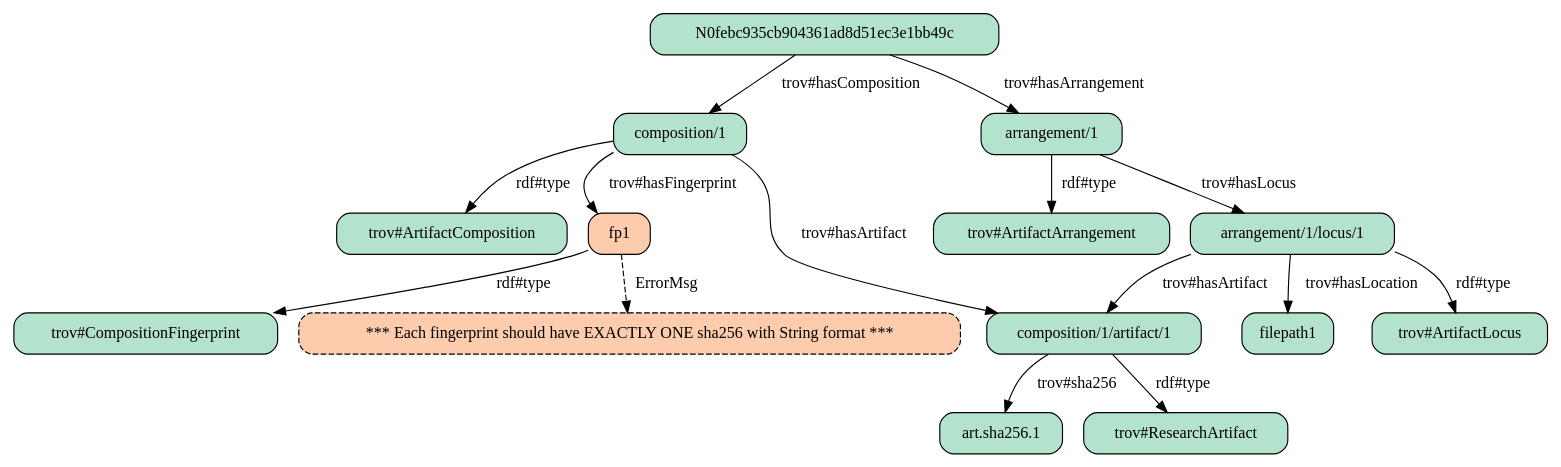
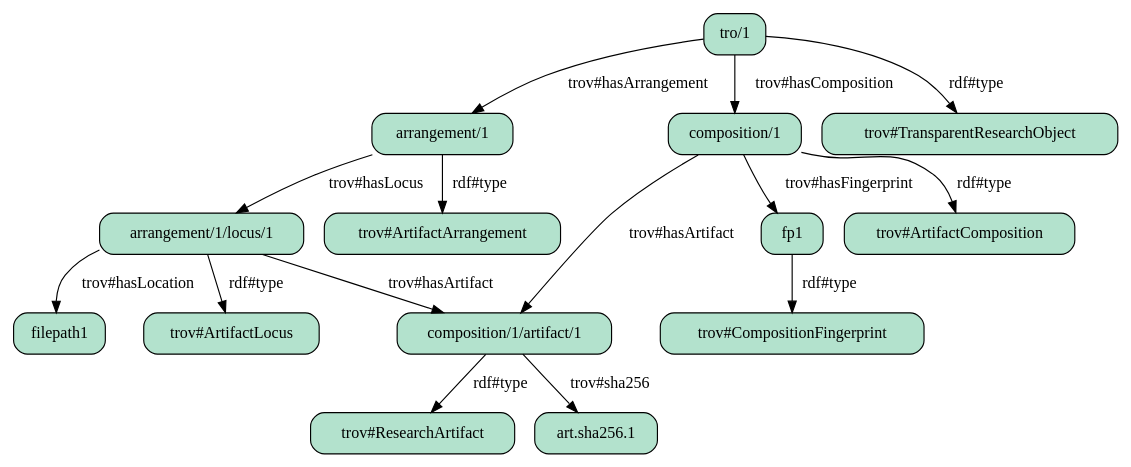
Before and after one commit to repros-dev/trace-model: the diagram in demo/02-explorations/12-validate-jsonld/06-test-tro-wrong-cases/products/tro4.gv, drawn with Graphviz. The commit also changed 44 other files, not shown here.

Commit message:
Demo 12-validate-jsonld: update tro.jsonld file to get fixed node label

```diff
--- a/demo/02-explorations/12-validate-jsonld/06-test-tro-wrong-cases/products/tro4.gv
+++ b/demo/02-explorations/12-validate-jsonld/06-test-tro-wrong-cases/products/tro4.gv
@@ -1,59 +1,58 @@
 strict digraph "" {
-	"composition/1/artifact/1"	[fillcolor="#b3e2cd",
-		shape=box,
-		style="filled, rounded"];
-	"art.sha256.1"	[fillcolor="#b3e2cd",
-		shape=box,
-		style="filled, rounded"];
-	"composition/1/artifact/1" -> "art.sha256.1"	[label="trov#sha256"];
-	"trov#ResearchArtifact"	[fillcolor="#b3e2cd",
-		shape=box,
-		style="filled, rounded"];
-	"composition/1/artifact/1" -> "trov#ResearchArtifact"	[label="rdf#type"];
-	"composition/1"	[fillcolor="#b3e2cd",
-		shape=box,
-		style="filled, rounded"];
-	"composition/1" -> "composition/1/artifact/1"	[label="trov#hasArtifact"];
-	fp1	[fillcolor="#fdccac",
-		shape=box,
-		style="filled, rounded"];
-	"composition/1" -> fp1	[label="trov#hasFingerprint"];
-	"trov#ArtifactComposition"	[fillcolor="#b3e2cd",
-		shape=box,
-		style="filled, rounded"];
-	"composition/1" -> "trov#ArtifactComposition"	[label="rdf#type"];
-	"trov#CompositionFingerprint"	[fillcolor="#b3e2cd",
-		shape=box,
-		style="filled, rounded"];
-	fp1 -> "trov#CompositionFingerprint"	[label="rdf#type"];
-	"*** Each fingerprint should have EXACTLY ONE sha256 with String format ***"	[fillcolor="#fdccac",
-		shape=box,
-		style="filled, rounded, dashed"];
-	fp1 -> "*** Each fingerprint should have EXACTLY ONE sha256 with String format ***"	[label=ErrorMsg,
-		style=dashed];
-	N0febc935cb904361ad8d51ec3e1bb49c	[fillcolor="#b3e2cd",
-		shape=box,
-		style="filled, rounded"];
-	N0febc935cb904361ad8d51ec3e1bb49c -> "composition/1"	[label="trov#hasComposition"];
 	"arrangement/1"	[fillcolor="#b3e2cd",
 		shape=box,
 		style="filled, rounded"];
-	N0febc935cb904361ad8d51ec3e1bb49c -> "arrangement/1"	[label="trov#hasArrangement"];
+	"trov#ArtifactArrangement"	[fillcolor="#b3e2cd",
+		shape=box,
+		style="filled, rounded"];
+	"arrangement/1" -> "trov#ArtifactArrangement"	[label="rdf#type"];
 	"arrangement/1/locus/1"	[fillcolor="#b3e2cd",
+		shape=box,
+		style="filled, rounded"];
+	"arrangement/1" -> "arrangement/1/locus/1"	[label="trov#hasLocus"];
+	"trov#ArtifactLocus"	[fillcolor="#b3e2cd",
+		shape=box,
+		style="filled, rounded"];
+	"arrangement/1/locus/1" -> "trov#ArtifactLocus"	[label="rdf#type"];
+	"composition/1/artifact/1"	[fillcolor="#b3e2cd",
 		shape=box,
 		style="filled, rounded"];
 	"arrangement/1/locus/1" -> "composition/1/artifact/1"	[label="trov#hasArtifact"];
 	filepath1	[fillcolor="#b3e2cd",
 		shape=box,
 		style="filled, rounded"];
 	"arrangement/1/locus/1" -> filepath1	[label="trov#hasLocation"];
-	"trov#ArtifactLocus"	[fillcolor="#b3e2cd",
+	"trov#ResearchArtifact"	[fillcolor="#b3e2cd",
 		shape=box,
 		style="filled, rounded"];
-	"arrangement/1/locus/1" -> "trov#ArtifactLocus"	[label="rdf#type"];
-	"arrangement/1" -> "arrangement/1/locus/1"	[label="trov#hasLocus"];
-	"trov#ArtifactArrangement"	[fillcolor="#b3e2cd",
+	"composition/1/artifact/1" -> "trov#ResearchArtifact"	[label="rdf#type"];
+	"art.sha256.1"	[fillcolor="#b3e2cd",
 		shape=box,
 		style="filled, rounded"];
-	"arrangement/1" -> "trov#ArtifactArrangement"	[label="rdf#type"];
+	"composition/1/artifact/1" -> "art.sha256.1"	[label="trov#sha256"];
+	"composition/1"	[fillcolor="#b3e2cd",
+		shape=box,
+		style="filled, rounded"];
+	"composition/1" -> "composition/1/artifact/1"	[label="trov#hasArtifact"];
+	"trov#ArtifactComposition"	[fillcolor="#b3e2cd",
+		shape=box,
+		style="filled, rounded"];
+	"composition/1" -> "trov#ArtifactComposition"	[label="rdf#type"];
+	fp1	[fillcolor="#b3e2cd",
+		shape=box,
+		style="filled, rounded"];
+	"composition/1" -> fp1	[label="trov#hasFingerprint"];
+	"trov#CompositionFingerprint"	[fillcolor="#b3e2cd",
+		shape=box,
+		style="filled, rounded"];
+	fp1 -> "trov#CompositionFingerprint"	[label="rdf#type"];
+	"tro/1"	[fillcolor="#b3e2cd",
+		shape=box,
+		style="filled, rounded"];
+	"tro/1" -> "arrangement/1"	[label="trov#hasArrangement"];
+	"tro/1" -> "composition/1"	[label="trov#hasComposition"];
+	"trov#TransparentResearchObject"	[fillcolor="#b3e2cd",
+		shape=box,
+		style="filled, rounded"];
+	"tro/1" -> "trov#TransparentResearchObject"	[label="rdf#type"];
 }
```
